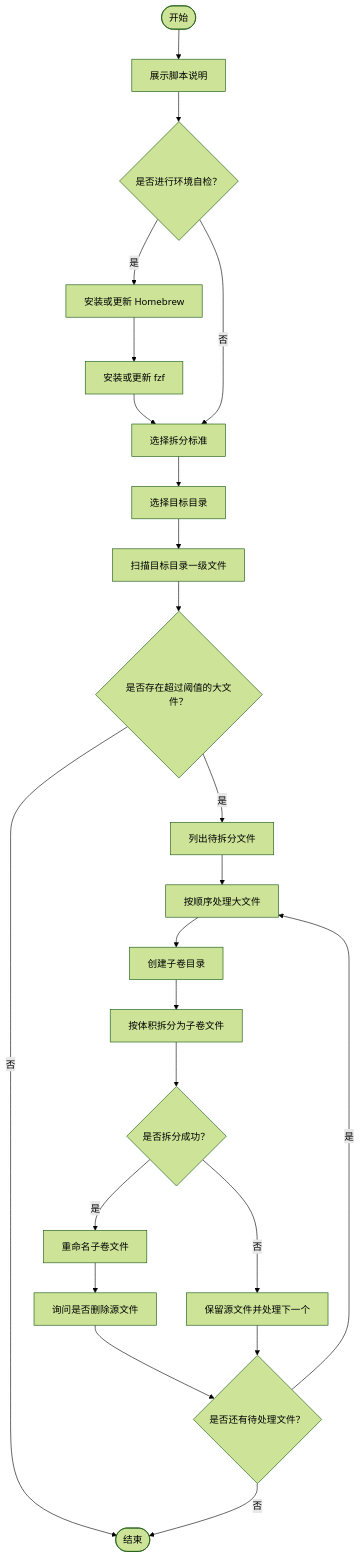
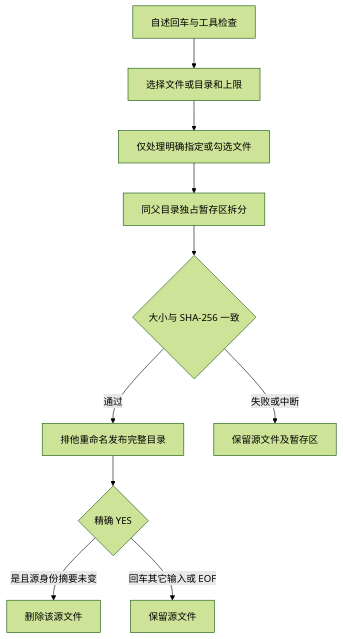
The first of 3 diagrams in MacOS/【MacOS】文件分拆（合并）测试. command/README.md (JobsKits/JobsCommand-Others), drawn with Mermaid (forest theme) before and after one commit. The commit also changed other lines of this file and 21 other files, not shown here.

````diff
--- a/MacOS/【MacOS】文件分拆（合并）测试. command/README.md
+++ b/MacOS/【MacOS】文件分拆（合并）测试. command/README.md
@@ -219,25 +201,12 @@
 ```mermaid
-graph TD
-    A([开始]) --> B[展示脚本说明]
-    B --> C{是否进行环境自检？}
-    C -->|是| D[安装或更新 Homebrew]
-    D --> E[安装或更新 fzf]
-    E --> F[选择拆分标准]
-    C -->|否| F
-    F --> G[选择目标目录]
-    G --> H[扫描目标目录一级文件]
-    H --> I{是否存在超过阈值的大文件？}
-    I -->|否| Z([结束])
-    I -->|是| J[列出待拆分文件]
-    J --> K[按顺序处理大文件]
-    K --> L[创建子卷目录]
-    L --> M[按体积拆分为子卷文件]
-    M --> N{是否拆分成功？}
-    N -->|否| O[保留源文件并处理下一个]
-    N -->|是| P[重命名子卷文件]
-    P --> Q[询问是否删除源文件]
-    Q --> R{是否还有待处理文件？}
-    O --> R
-    R -->|是| K
-    R -->|否| Z
+flowchart TD
+    A[自述回车与工具检查] --> B[选择文件或目录和上限]
+    B --> C[仅处理明确指定或勾选文件]
+    C --> D[同父目录独占暂存区拆分]
+    D --> E{大小与 SHA-256 一致}
+    E -->|通过| F[排他重命名发布完整目录]
+    E -->|失败或中断| G[保留源文件及暂存区]
+    F --> H{精确 YES}
+    H -->|是且源身份摘要未变| I[删除该源文件]
+    H -->|回车其它输入或 EOF| J[保留源文件]
 ```
````
